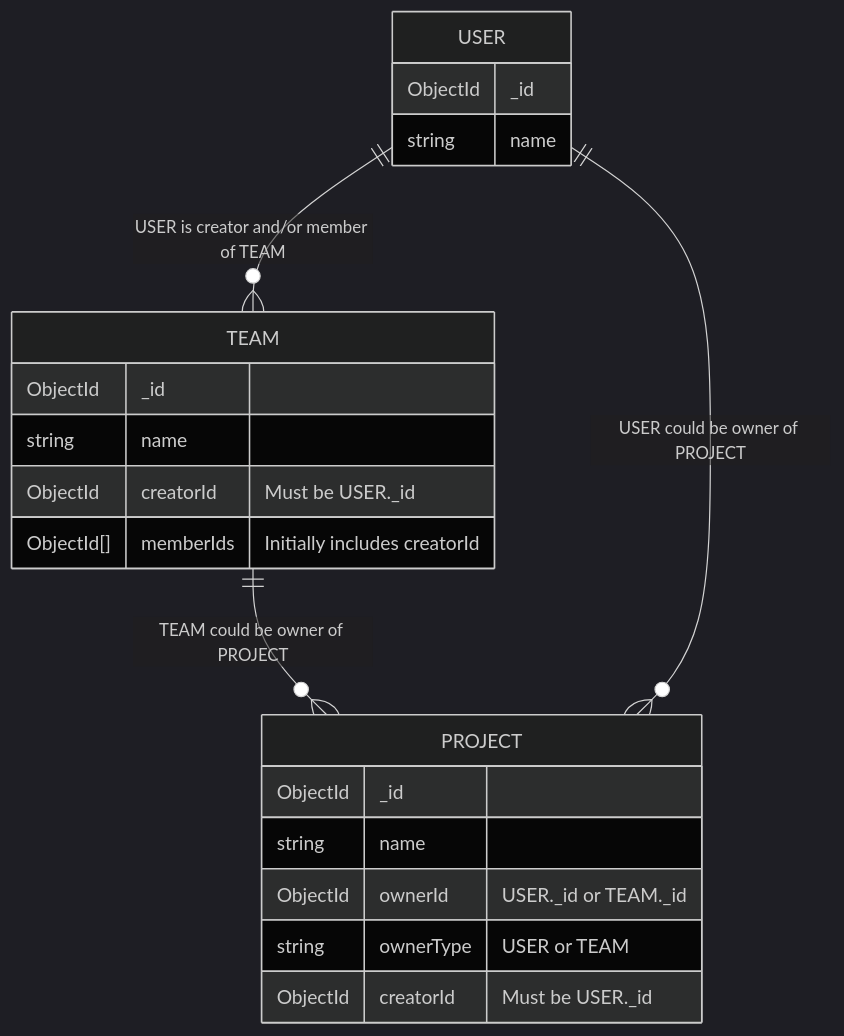
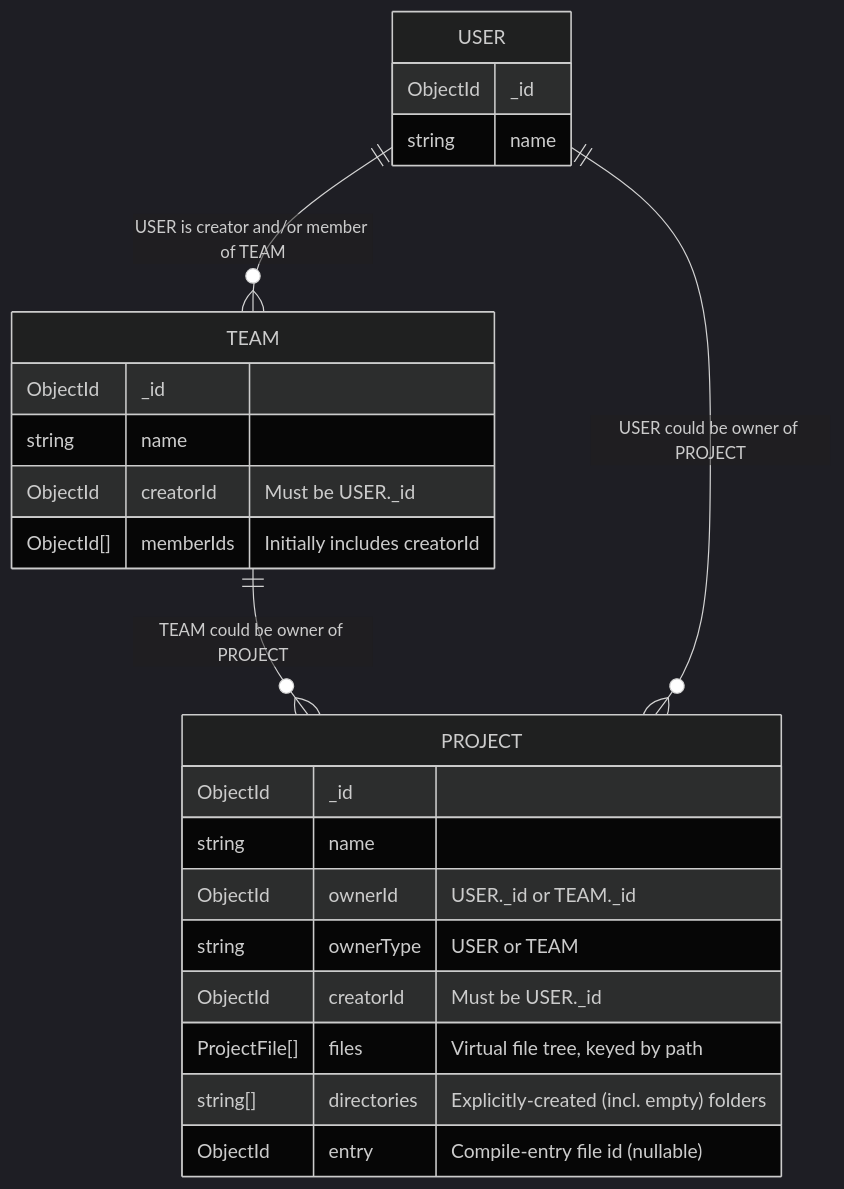
One commit to Cierra-Runis/caduceus changed the diagram in docs/Database Schema.md. Above: the diagram before and after it, drawn with Mermaid (dark theme). The commit also changed other lines of this file and 31 other files, not shown here.

First line of the commit message:
feat: project file-tree sidebar with folders, uploads, and MinIO storage

````diff
--- a/docs/Database Schema.md
+++ b/docs/Database Schema.md
@@ -8,26 +8,29 @@
 ```mermaid
 erDiagram
   USER ||--o{ TEAM : "USER is creator and/or member of TEAM"
   TEAM ||--o{ PROJECT : "TEAM could be owner of PROJECT"
   USER ||--o{ PROJECT : "USER could be owner of PROJECT"
 
   USER {
     ObjectId _id
     string name
   }
 
   TEAM {
     ObjectId _id
     string name
     ObjectId creatorId "Must be USER._id"
     ObjectId[] memberIds "Initially includes creatorId"
   }
 
   PROJECT {
     ObjectId _id
     string name
     ObjectId ownerId "USER._id or TEAM._id"
     string ownerType "USER or TEAM"
     ObjectId creatorId "Must be USER._id"
+    ProjectFile[] files "Virtual file tree, keyed by path"
+    string[] directories "Explicitly-created (incl. empty) folders"
+    ObjectId entry "Compile-entry file id (nullable)"
   }
 ```
````
